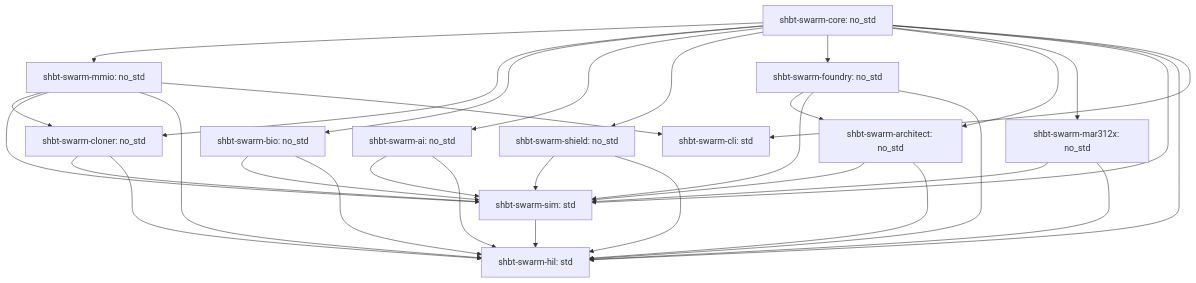
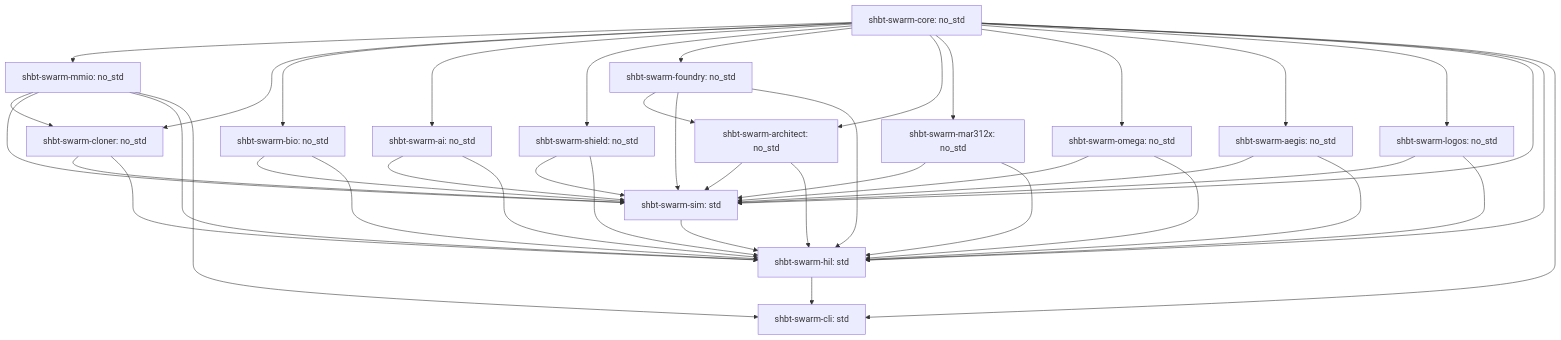
The diagram in ARCHITECTURE.md (sys1own/shbt-swarm), drawn with Mermaid before and after one commit. The commit also changed other lines of this file and 7 other files, not shown here.

Commit message:
docs(omega): finalize SHBT-OMEGA-312 & SHBT-LOGOS-312 first-principles derivations, 144/144 gates, 38/38 Z3 proofs

````diff
--- a/ARCHITECTURE.md
+++ b/ARCHITECTURE.md
@@ -11,34 +11,44 @@
 ```mermaid
 graph TD
     A[shbt-swarm-core: no_std] --> B[shbt-swarm-mmio: no_std]
     A --> C[shbt-swarm-cloner: no_std]
     B --> C
     A --> D[shbt-swarm-bio: no_std]
     A --> E[shbt-swarm-ai: no_std]
     A --> F[shbt-swarm-shield: no_std]
     A --> G[shbt-swarm-foundry: no_std]
     A --> H[shbt-swarm-architect: no_std]
     G --> H
     A --> I[shbt-swarm-mar312x: no_std]
+    A --> OM[shbt-swarm-omega: no_std]
+    A --> AG[shbt-swarm-aegis: no_std]
+    A --> LO[shbt-swarm-logos: no_std]
     A --> J[shbt-swarm-sim: std]
     B --> J
     C --> J
     D --> J
     E --> J
     F --> J
     G --> J
     H --> J
     I --> J
+    OM --> J
+    AG --> J
+    LO --> J
     A --> K[shbt-swarm-hil: std]
     B --> K
     C --> K
     D --> K
     E --> K
     F --> K
     G --> K
     H --> K
     I --> K
+    OM --> K
+    AG --> K
+    LO --> K
     J --> K
     A --> L[shbt-swarm-cli: std]
     B --> L
+    K --> L
 ```
````
